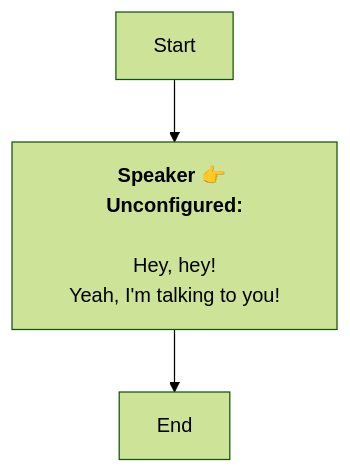
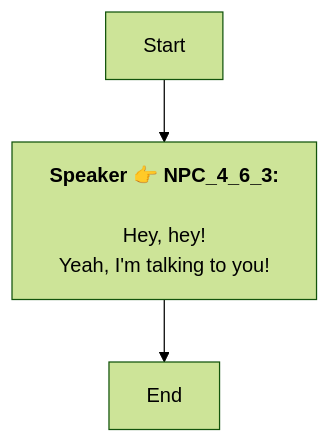
One commit to SoftHu/tos_avg changed the diagram in En/Dialog_55252700764324.md. Above: the diagram before and after it, drawn with Mermaid (forest theme). The commit also changed 737 other files, not shown here.

````diff
--- a/En/Dialog_55252700764324.md
+++ b/En/Dialog_55252700764324.md
@@ -1,9 +1,8 @@
 ```mermaid
 graph
-Start -->1768086451288959[<b>Speaker 👉 Unconfigured:</b>
-
-Hey, hey!
+Start -->1768086451288959[<b>Speaker 👉 NPC_4_6_3:</b>
+\nHey, hey!
 Yeah, I'm talking to you!]
 1768086451288959 -->1768086445372286[End]
 
- ```
+```
````
